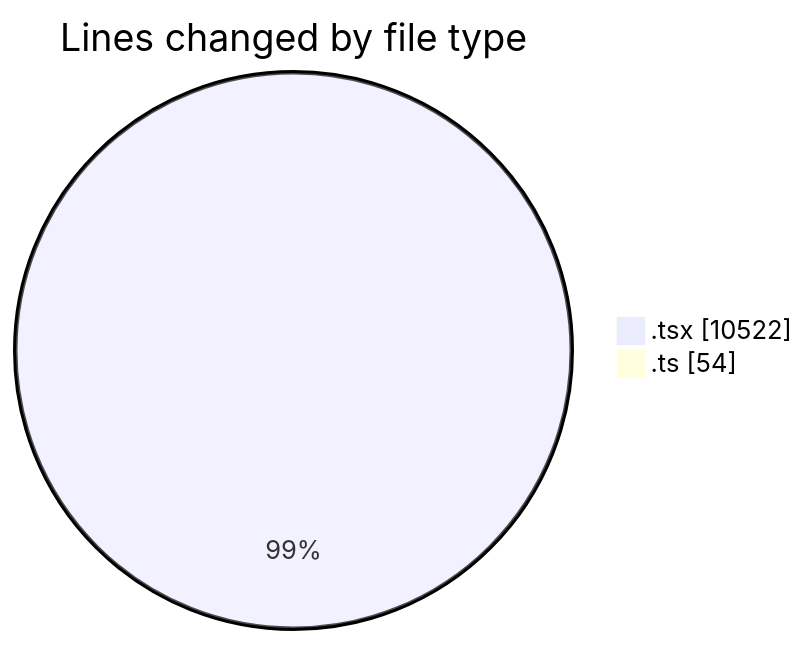
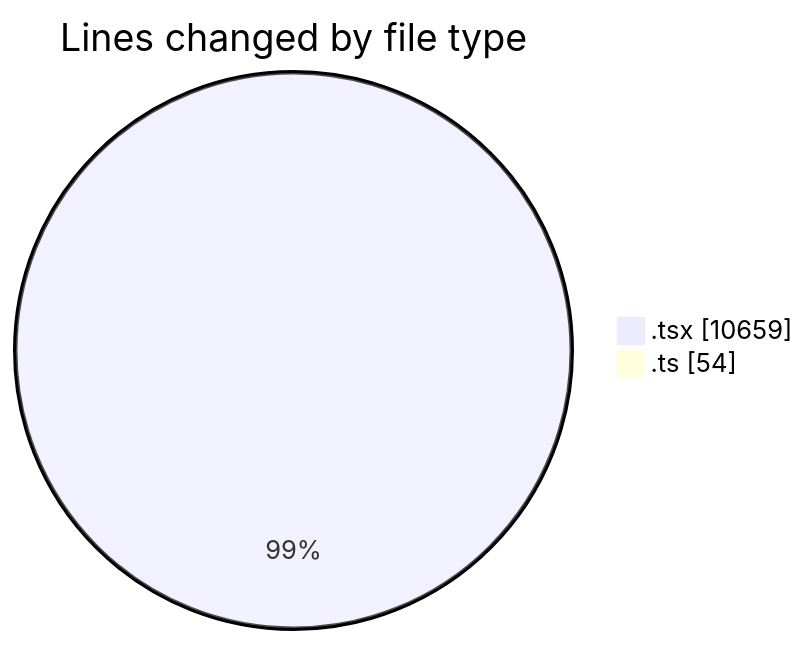
Before and after one commit to nxtqubesakshisongat/code-tracking: the first of 2 diagrams in 2026-03-05/nxtqube_webapp/README.md, drawn with Mermaid. The commit also changed other lines of this file and 1 other file, not shown here.

````diff
--- a/2026-03-05/nxtqube_webapp/README.md
+++ b/2026-03-05/nxtqube_webapp/README.md
@@ -34,6 +34,6 @@
 ```mermaid
 pie showData
 title Lines changed by file type
-".tsx" : 10522
+".tsx" : 10659
 ".ts" : 54
 ```
````
